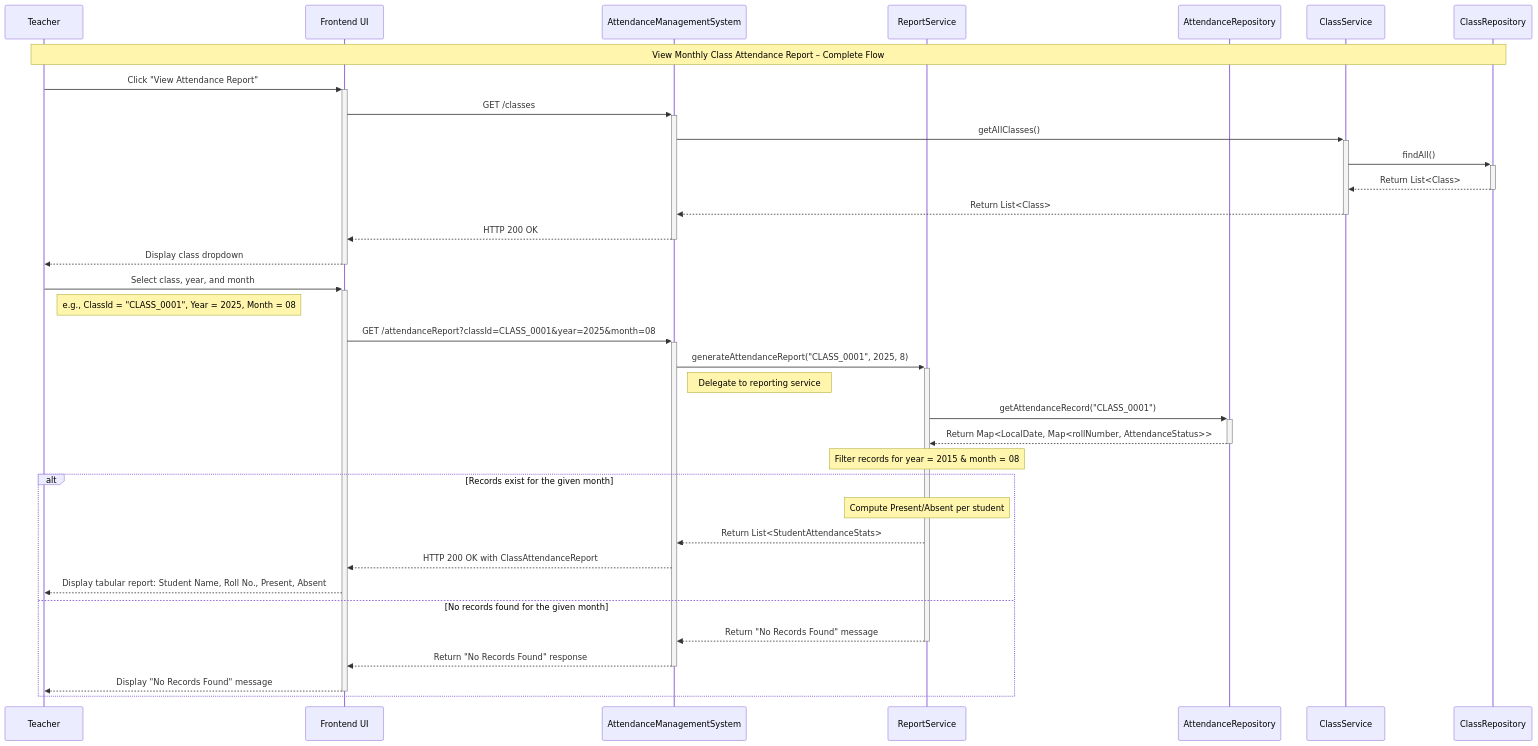
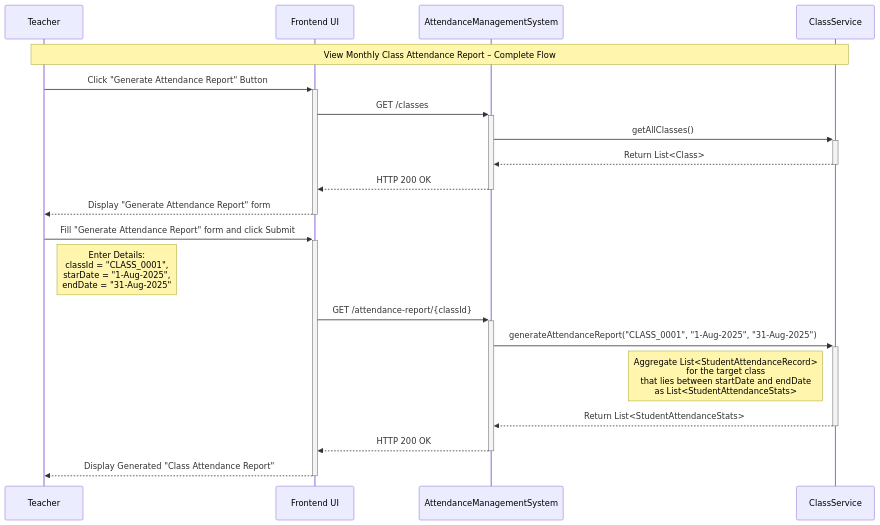
The fourth of 4 diagrams in Backend Engineering/Case Studies/Case Study 1. Attendance Management System/Documentation/2. Sequence Flow.md (NishchayAnand/software-engineering), drawn with Mermaid before and after one commit. The commit also changed other lines of this file and 6 other files, not shown here.

Commit message:
done understanding generate class attendance report use case

````diff
--- a/Backend Engineering/Case Studies/Case Study 1. Attendance Management System/Documentation/2. Sequence Flow.md
+++ b/Backend Engineering/Case Studies/Case Study 1. Attendance Management System/Documentation/2. Sequence Flow.md
@@ -210,42 +210,27 @@
 ```mermaid
 sequenceDiagram
     participant T as Teacher
     participant UI as Frontend UI
     participant AMS as AttendanceManagementSystem
-    participant RS as ReportService
-    participant AR as AttendanceRepository
     participant CS as ClassService
-    participant CR as ClassRepository
 
-    Note over T,CR: View Monthly Class Attendance Report – Complete Flow
+    Note over T,CS: View Monthly Class Attendance Report – Complete Flow
 
-	%%Interaction 1: Click the "View Attendance Report" button
-    T->>+UI: Click "View Attendance Report"
+	%%Interaction 1: Click the "Generate Attendance Report" button
+    T->>+UI: Click "Generate Attendance Report" Button
     UI->>+AMS: GET /classes
     AMS->>+CS: getAllClasses()
-	CS->>+CR: findAll()
-	CR-->>-CS: Return List<Class>
 	CS-->>-AMS: Return List<Class>
 	AMS-->>-UI: HTTP 200 OK
-	UI-->>-T: Display class dropdown
+	UI-->>-T: Display "Generate Attendance Report" form
 
-	%%Interaction 2: Submit "Select Class and Month" Form
-    T->>+UI: Select class, year, and month
-    Note right of T: e.g., ClassId = "CLASS_0001", Year = 2025, Month = 08
-    UI->>+AMS: GET /attendanceReport?classId=CLASS_0001&year=2025&month=08
-    AMS->>+RS: generateAttendanceReport("CLASS_0001", 2025, 8)
-    Note right of AMS: Delegate to reporting service
-    RS->>+AR: getAttendanceRecord("CLASS_0001")
-    AR-->>-RS: Return Map<LocalDate, Map<rollNumber, AttendanceStatus>>
-    Note over RS: Filter records for year = 2015 & month = 08
-	alt Records exist for the given month
-		Note over RS: Compute Present/Absent per student
-		RS-->>AMS: Return List<StudentAttendanceStats>
-		AMS-->>UI: HTTP 200 OK with ClassAttendanceReport
-		UI-->>T: Display tabular report: Student Name, Roll No., Present, Absent
-	else No records found for the given month
-		RS-->>-AMS: Return "No Records Found" message
-		AMS-->>-UI: Return "No Records Found" response
-		UI-->>-T: Display "No Records Found" message
-	end
+	%%Interaction 2: Submit "Generate Attendance Report" Form
+    T->>+UI: Fill "Generate Attendance Report" form and click Submit
+    Note right of T: Enter Details: <br/> classId = "CLASS_0001", <br/> starDate = "1-Aug-2025", <br/> endDate = "31-Aug-2025"
+    UI->>+AMS: GET /attendance-report/{classId}
+    AMS->>+CS: generateAttendanceReport("CLASS_0001", "1-Aug-2025", "31-Aug-2025")
+    Note left of CS: Aggregate List<StudentAttendanceRecord> <br/> for the target class <br/> that lies between startDate and endDate <br/> as List<StudentAttendanceStats>
+	CS-->>-AMS: Return List<StudentAttendanceStats>
+	AMS-->>-UI: HTTP 200 OK
+	UI-->>-T: Display Generated "Class Attendance Report"
 ```
````
